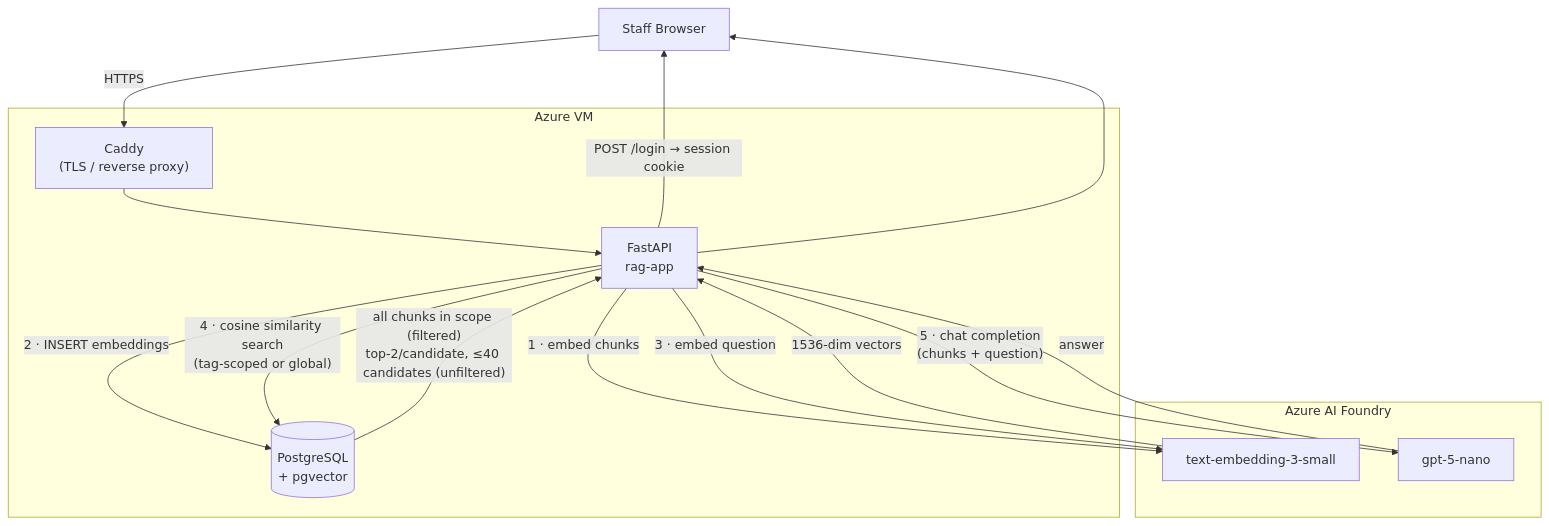
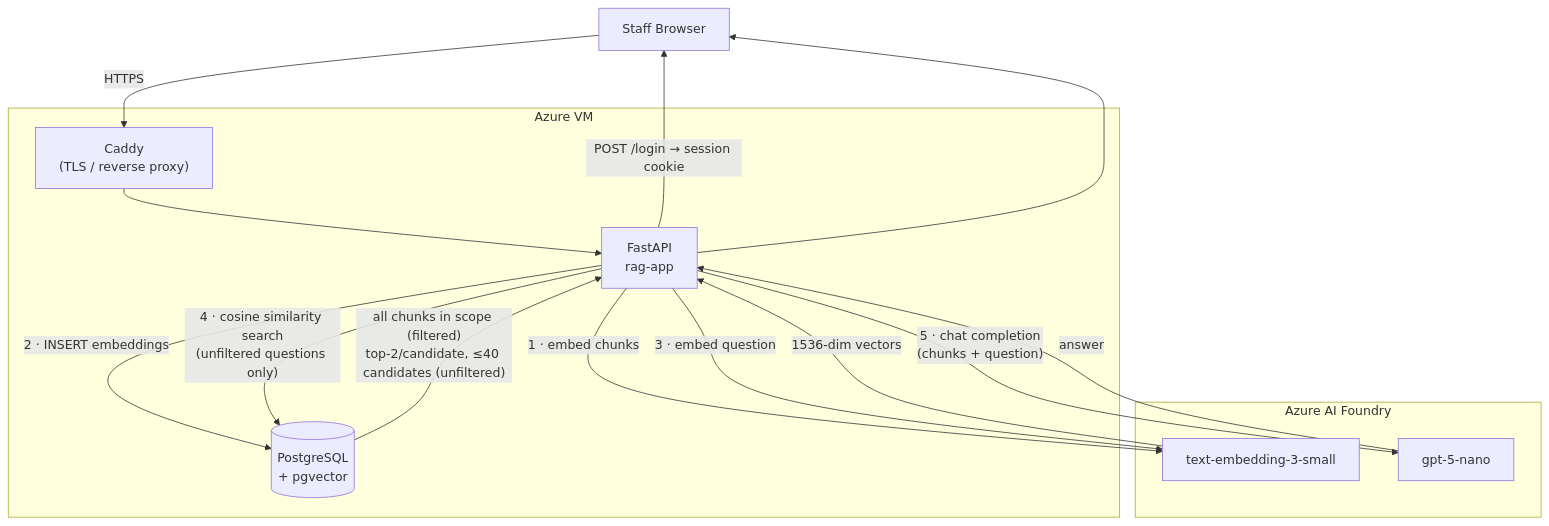
The diagram in README.md (ryanhillman/resume-rag), drawn with Mermaid before and after one commit. The commit also changed 4 other files, not shown here.

````diff
--- a/README.md
+++ b/README.md
@@ -22,29 +22,29 @@
 ```mermaid
 flowchart TD
     Browser["Staff Browser"]
 
     subgraph VM["Azure VM"]
         Caddy["Caddy\n(TLS / reverse proxy)"]
         App["FastAPI\nrag-app"]
         PG[("PostgreSQL\n+ pgvector")]
     end
 
     subgraph Azure["Azure AI Foundry"]
         Embed["text-embedding-3-small"]
         LLM["gpt-5-nano"]
     end
 
     Browser -- "HTTPS" --> Caddy --> App
 
     App -- "POST /login → session cookie" --> Browser
 
     App -- "1 · embed chunks" --> Embed
     Embed -- "1536-dim vectors" --> App
     App -- "2 · INSERT embeddings" --> PG
 
     App -- "3 · embed question" --> Embed
-    App -- "4 · cosine similarity search\n(tag-scoped or global)" --> PG
+    App -- "4 · cosine similarity search\n(unfiltered questions only)" --> PG
     PG -- "all chunks in scope (filtered)\ntop-2/candidate, ≤40 candidates (unfiltered)" --> App
     App -- "5 · chat completion\n(chunks + question)" --> LLM
     LLM -- "answer" --> App --> Browser
 ```
````
